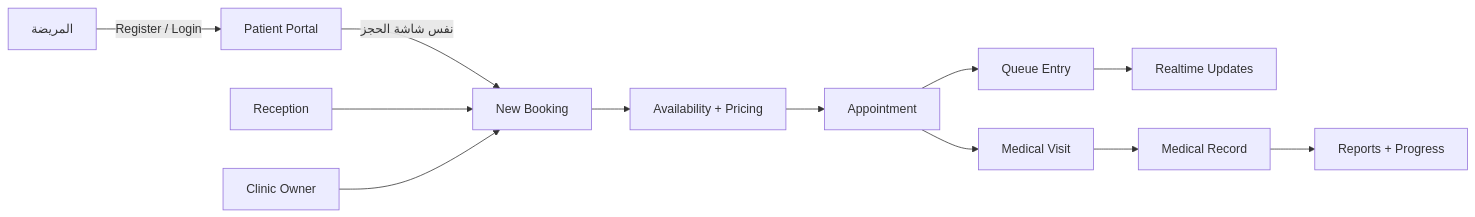
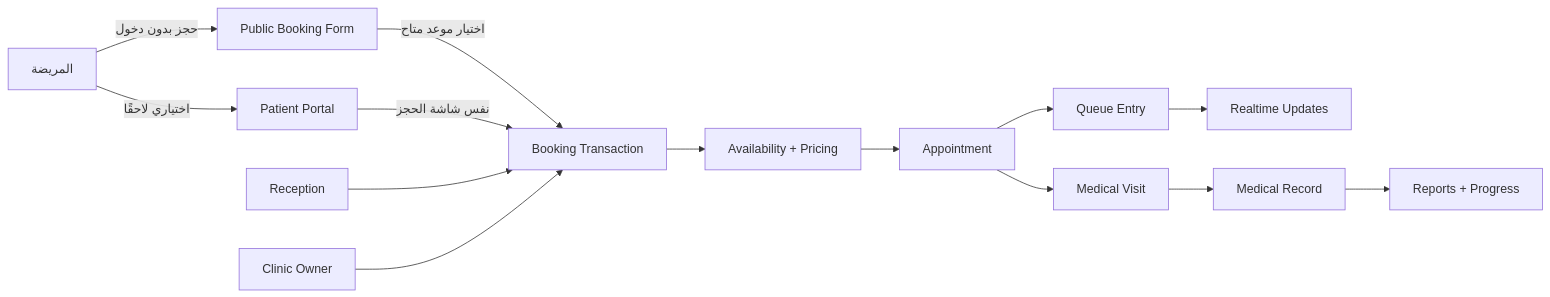
Before and after one commit to AhmedSalem104/Clinic: the first of 12 diagrams in README.md, drawn with Mermaid. The commit also changed other lines of this file and 43 other files, not shown here.

Commit message:
feat: add public patient booking and Arabic clinic UI

````diff
--- a/README.md
+++ b/README.md
@@ -70,14 +72,16 @@
 ```mermaid
 flowchart LR
-  Patient[المريضة] -->|Register / Login| Portal[Patient Portal]
-  Portal -->|نفس شاشة الحجز| Booking[New Booking]
+  Patient[المريضة] -->|حجز بدون دخول| PublicBooking[Public Booking Form]
+  PublicBooking -->|اختيار موعد متاح| Booking[Booking Transaction]
+  Patient -->|اختياري لاحقًا| Portal[Patient Portal]
+  Portal -->|نفس شاشة الحجز| Booking
   Reception[Reception] --> Booking
   Owner[Clinic Owner] --> Booking
   Booking --> Availability[Availability + Pricing]
   Availability --> Appointment[Appointment]
   Appointment --> Queue[Queue Entry]
   Queue --> Realtime[Realtime Updates]
   Appointment --> Visit[Medical Visit]
   Visit --> Record[Medical Record]
   Record --> Reports[Reports + Progress]
 ```
````
